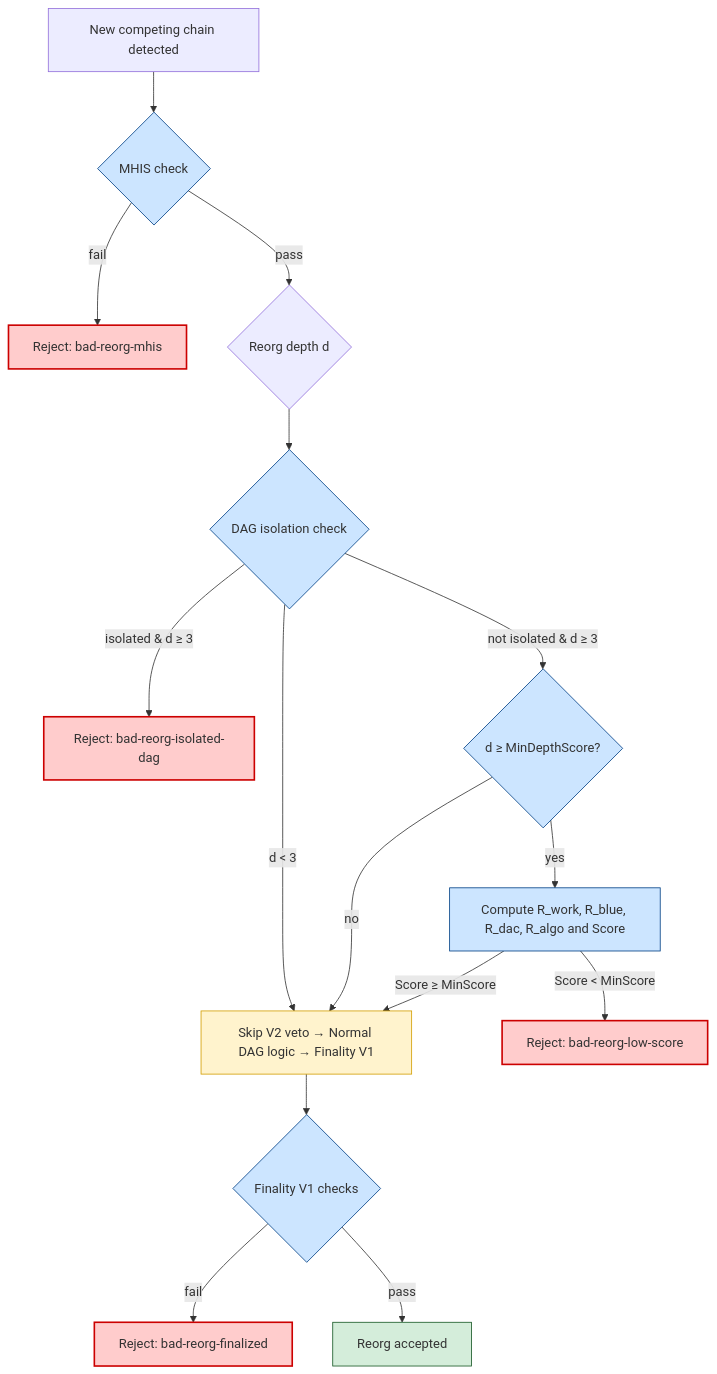
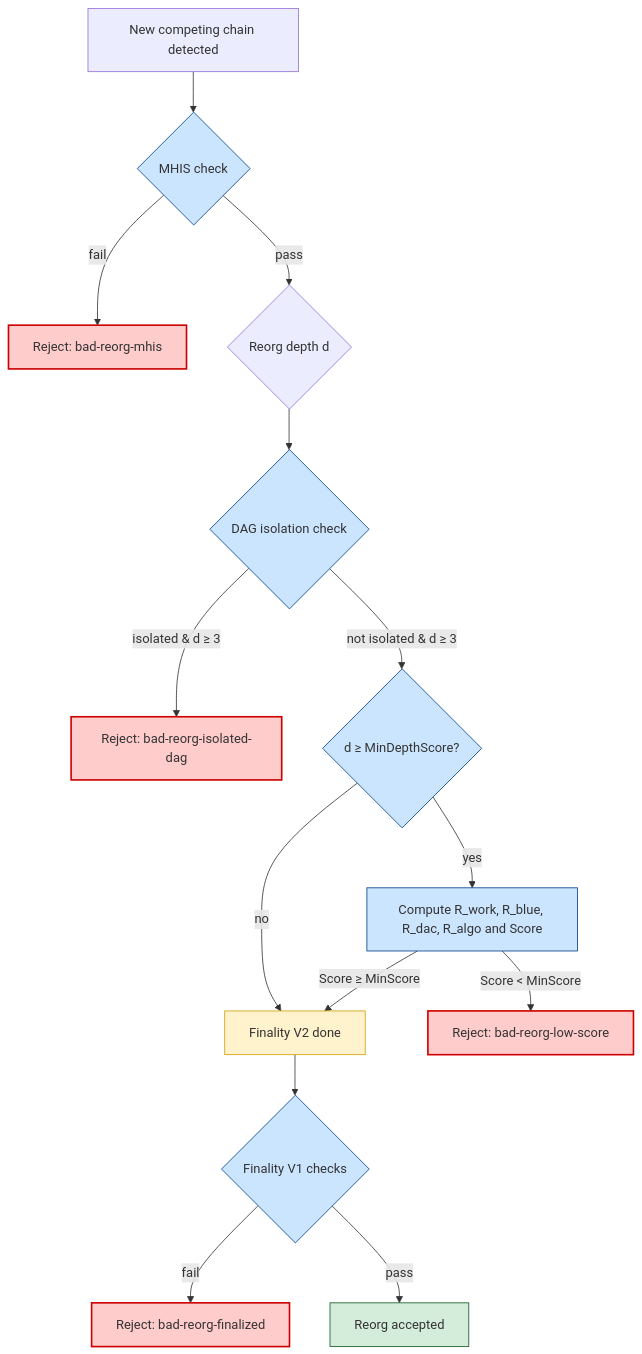
Before and after one commit to SanaMegabytes/megabytes-security-model: the diagram in README.md, drawn with Mermaid.

Commit message:
Fix formatting and logic in README flowchart

````diff
--- a/README.md
+++ b/README.md
@@ -13,38 +13,39 @@
 ```mermaid
 %%{init: {'theme':'default'}}%%
 flowchart TD
 
 
     A[New competing chain detected] --> M{MHIS check}
     M -->|fail| R1[Reject: bad-reorg-mhis]
     M -->|pass| B{Reorg depth d}
     B --> C{DAG isolation check}
 
-    C -->|d < 3| F[Skip V2 veto → Normal DAG logic → Finality V1]
+
     C -->|isolated & d ≥ 3| Z[Reject: bad-reorg-isolated-dag]
     C -->|not isolated & d ≥ 3| D{d ≥ MinDepthScore?}
 
+    
+    D -->|yes| E[Compute R_work, R_blue, R_dac, R_algo and Score]
     D -->|no| F
-    D -->|yes| E[Compute R_work, R_blue, R_dac, R_algo and Score]
 
     E -->|Score < MinScore| Y[Reject: bad-reorg-low-score]
-    E -->|Score ≥ MinScore| F
+    E -->|Score ≥ MinScore| F[Finality V2 done]
 
     F --> H{Finality V1 checks}
     H -->|fail| R2[Reject: bad-reorg-finalized]
     H -->|pass| G[Reorg accepted]
 
 
     %% === COLORS ===
     classDef danger fill:#ffcccc,stroke:#cc0000,stroke-width:2px;
     classDef warn fill:#fff3cd,stroke:#d39e00,stroke-width:1px;
     classDef safe fill:#d4edda,stroke:#155724,stroke-width:1px;
     classDef step fill:#cce5ff,stroke:#004085,stroke-width:1px;
 
     %% Apply colors
     class M,C,D,E,H step;
     class R1,R2,Y,Z danger;
     class G safe;
     class F warn;
 
 ```
````
